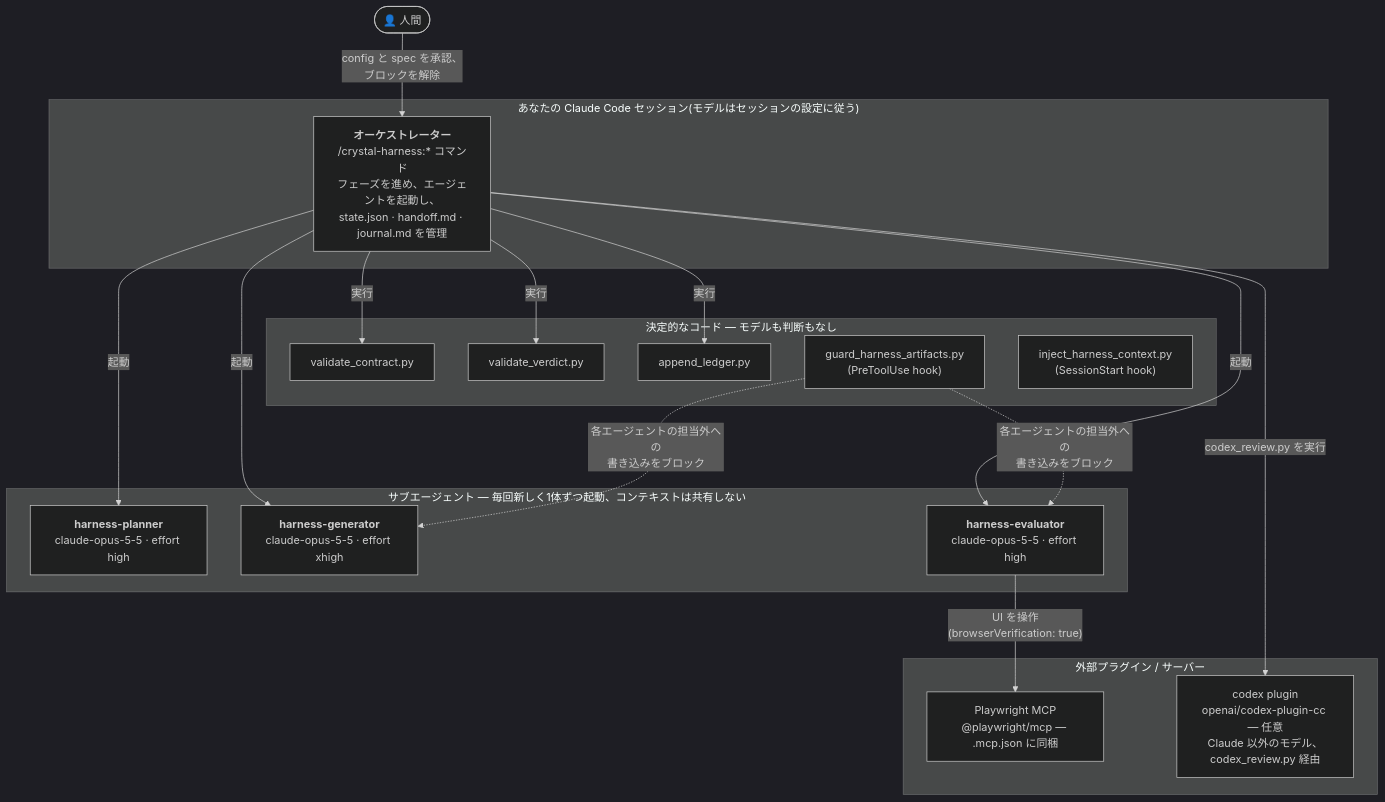
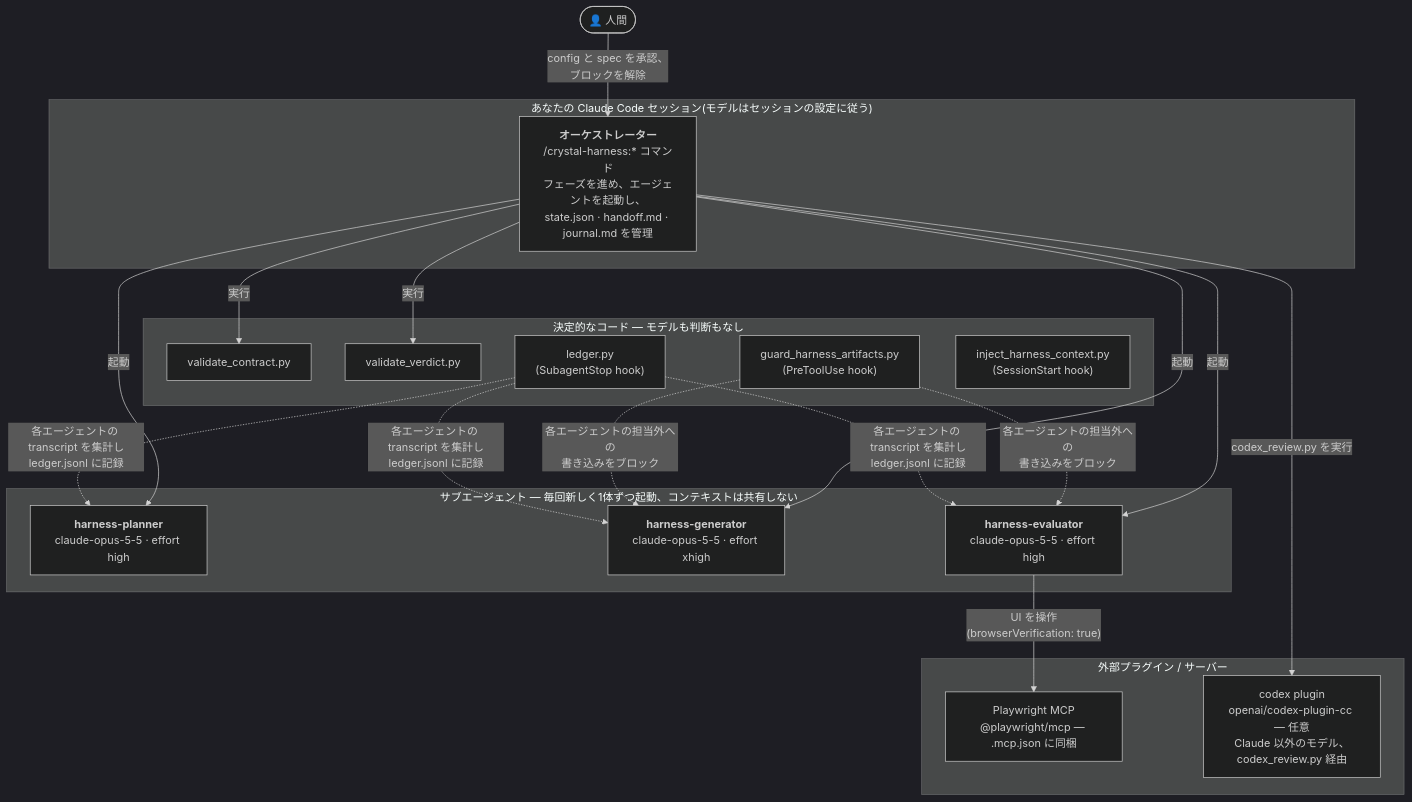
Before and after one commit to YukiTominaga/claude-harness: the first of 3 diagrams in README.ja.md, drawn with Mermaid (dark theme). The commit also changed 18 other files, not shown here.

First line of the commit message:
feat(crystal-harness)!: transcript-based cost ledger and guard fix for namespaced agent_type (0.10.0) (#3)

````diff
--- a/README.ja.md
+++ b/README.ja.md
@@ -32,34 +32,35 @@
 ```mermaid
 flowchart TB
     human(["👤 人間"])
 
     subgraph session["あなたの Claude Code セッション(モデルはセッションの設定に従う)"]
         orch["<b>オーケストレーター</b><br/>/crystal-harness:* コマンド<br/>フェーズを進め、エージェントを起動し、<br/>state.json · handoff.md · journal.md を管理"]
     end
 
     subgraph agents["サブエージェント — 毎回新しく1体ずつ起動、コンテキストは共有しない"]
         planner["<b>harness-planner</b><br/>claude-opus-5-5 · effort high"]
         gen["<b>harness-generator</b><br/>claude-opus-5-5 · effort xhigh"]
         evalr["<b>harness-evaluator</b><br/>claude-opus-5-5 · effort high"]
     end
 
     subgraph det["決定的なコード — モデルも判断もなし"]
         vc["validate_contract.py"]
         vv["validate_verdict.py"]
-        led["append_ledger.py"]
+        led["ledger.py<br/>(SubagentStop hook)"]
         guard["guard_harness_artifacts.py<br/>(PreToolUse hook)"]
         inject["inject_harness_context.py<br/>(SessionStart hook)"]
     end
 
     subgraph ext["外部プラグイン / サーバー"]
         pw["Playwright MCP<br/>@playwright/mcp — .mcp.json に同梱"]
         codex["codex plugin<br/>openai/codex-plugin-cc — 任意<br/>Claude 以外のモデル、codex_review.py 経由"]
     end
 
     human -- "config と spec を承認、<br/>ブロックを解除" --> orch
     orch -- 起動 --> planner & gen & evalr
-    orch -- 実行 --> vc & vv & led
+    orch -- 実行 --> vc & vv
     orch -- "codex_review.py を実行" --> codex
     evalr -- "UI を操作<br/>(browserVerification: true)" --> pw
     guard -. "各エージェントの担当外への<br/>書き込みをブロック" .-> gen & evalr
+    led -. "各エージェントの transcript を集計し<br/>ledger.jsonl に記録" .-> planner & gen & evalr
 ```
````
